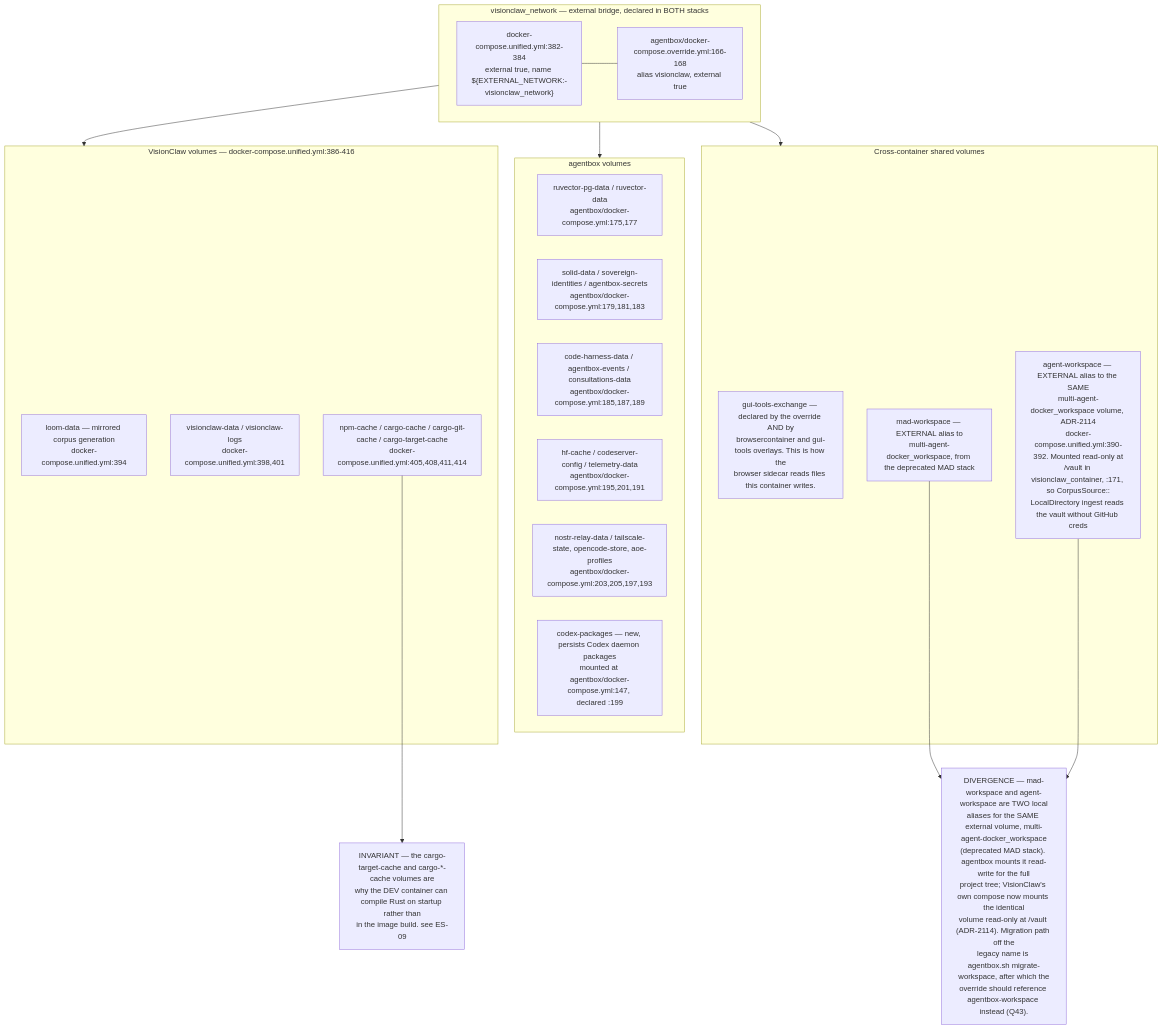
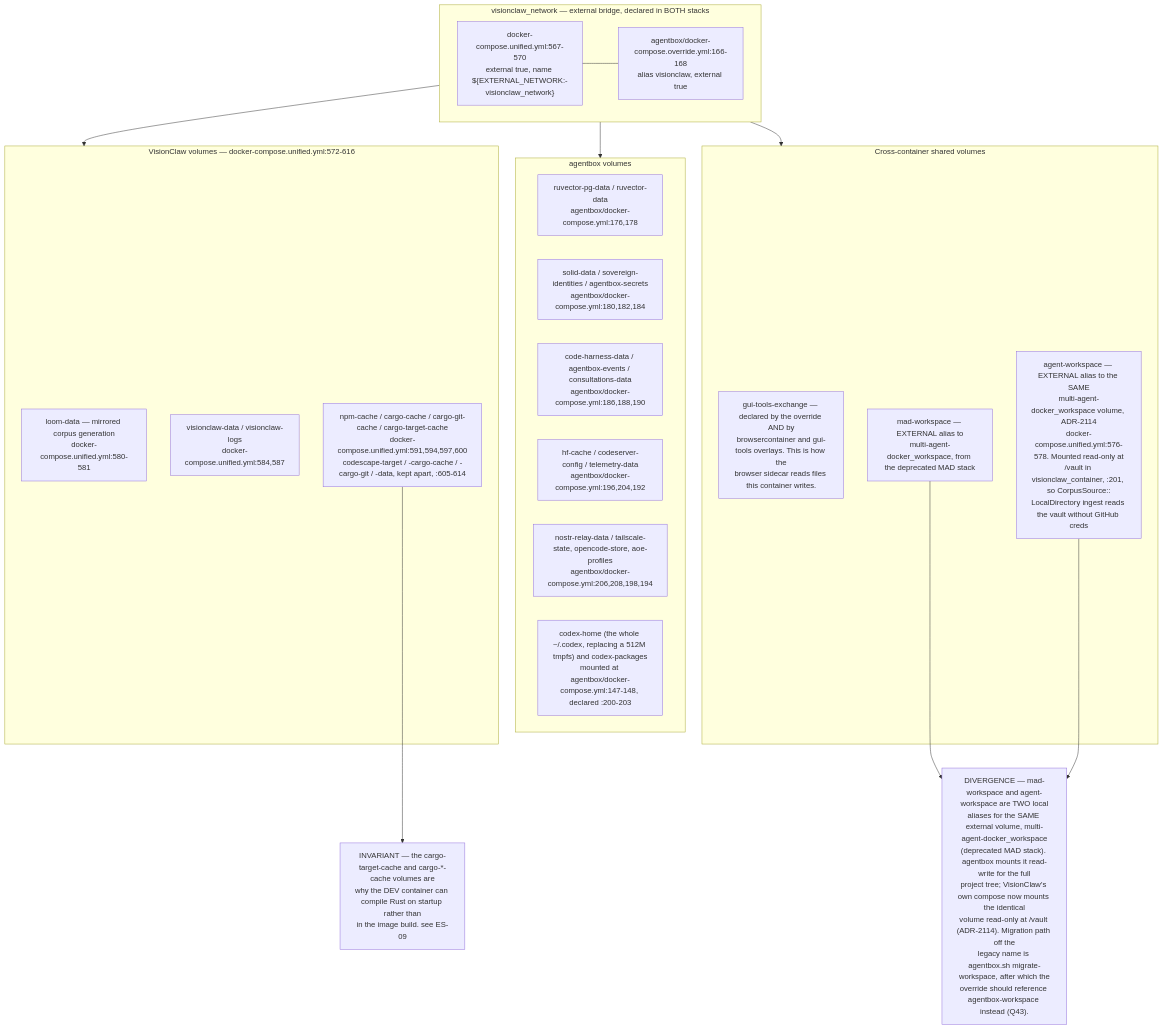
The fourth of 8 diagrams in docs/diagrams/estate/01-estate-topology.md (DreamLab-AI/VisionFlow), drawn with Mermaid before and after one commit. The commit also changed other lines of this file and 160 other files, not shown here.

````diff
--- a/docs/diagrams/estate/01-estate-topology.md
+++ b/docs/diagrams/estate/01-estate-topology.md
@@ -166,37 +183,37 @@
 ```mermaid
 flowchart TB
     subgraph net["visionclaw_network — external bridge, declared in BOTH stacks"]
-        N1["docker-compose.unified.yml:382-384<br/>external true, name ${EXTERNAL_NETWORK:-visionclaw_network}"]
+        N1["docker-compose.unified.yml:567-570<br/>external true, name ${EXTERNAL_NETWORK:-visionclaw_network}"]
         N2["agentbox/docker-compose.override.yml:166-168<br/>alias visionclaw, external true"]
     end
-    subgraph vcvol["VisionClaw volumes — docker-compose.unified.yml:386-416"]
-        V1["loom-data — mirrored corpus generation<br/>docker-compose.unified.yml:394"]
-        V2["visionclaw-data / visionclaw-logs<br/>docker-compose.unified.yml:398,401"]
-        V3["npm-cache / cargo-cache / cargo-git-cache / cargo-target-cache<br/>docker-compose.unified.yml:405,408,411,414"]
+    subgraph vcvol["VisionClaw volumes — docker-compose.unified.yml:572-616"]
+        V1["loom-data — mirrored corpus generation<br/>docker-compose.unified.yml:580-581"]
+        V2["visionclaw-data / visionclaw-logs<br/>docker-compose.unified.yml:584,587"]
+        V3["npm-cache / cargo-cache / cargo-git-cache / cargo-target-cache<br/>docker-compose.unified.yml:591,594,597,600<br/>codescape-target / -cargo-cache / -cargo-git / -data, kept apart, :605-614"]
     end
     subgraph abvol["agentbox volumes"]
-        W1["ruvector-pg-data / ruvector-data<br/>agentbox/docker-compose.yml:175,177"]
-        W2["solid-data / sovereign-identities / agentbox-secrets<br/>agentbox/docker-compose.yml:179,181,183"]
-        W3["code-harness-data / agentbox-events / consultations-data<br/>agentbox/docker-compose.yml:185,187,189"]
-        W4["hf-cache / codeserver-config / telemetry-data<br/>agentbox/docker-compose.yml:195,201,191"]
-        W5["nostr-relay-data / tailscale-state, opencode-store, aoe-profiles<br/>agentbox/docker-compose.yml:203,205,197,193"]
-        W6["codex-packages — new, persists Codex daemon packages<br/>mounted at agentbox/docker-compose.yml:147, declared :199"]
+        W1["ruvector-pg-data / ruvector-data<br/>agentbox/docker-compose.yml:176,178"]
+        W2["solid-data / sovereign-identities / agentbox-secrets<br/>agentbox/docker-compose.yml:180,182,184"]
+        W3["code-harness-data / agentbox-events / consultations-data<br/>agentbox/docker-compose.yml:186,188,190"]
+        W4["hf-cache / codeserver-config / telemetry-data<br/>agentbox/docker-compose.yml:196,204,192"]
+        W5["nostr-relay-data / tailscale-state, opencode-store, aoe-profiles<br/>agentbox/docker-compose.yml:206,208,198,194"]
+        W6["codex-home (the whole ~/.codex, replacing a 512M tmpfs) and codex-packages<br/>mounted at agentbox/docker-compose.yml:147-148, declared :200-203"]
     end
     subgraph shared["Cross-container shared volumes"]
         S1["gui-tools-exchange — declared by the override AND by<br/>browsercontainer and gui-tools overlays. This is how the<br/>browser sidecar reads files this container writes."]
         S2["mad-workspace — EXTERNAL alias to<br/>multi-agent-docker_workspace, from the deprecated MAD stack"]
-        S3["agent-workspace — EXTERNAL alias to the SAME<br/>multi-agent-docker_workspace volume, ADR-2114<br/>docker-compose.unified.yml:390-392. Mounted read-only at<br/>/vault in visionclaw_container, :171, so CorpusSource::<br/>LocalDirectory ingest reads the vault without GitHub creds"]
+        S3["agent-workspace — EXTERNAL alias to the SAME<br/>multi-agent-docker_workspace volume, ADR-2114<br/>docker-compose.unified.yml:576-578. Mounted read-only at<br/>/vault in visionclaw_container, :201, so CorpusSource::<br/>LocalDirectory ingest reads the vault without GitHub creds"]
     end
 
     N1 --- N2
     net --> vcvol
     net --> abvol
     net --> shared
 
     D1["DIVERGENCE — mad-workspace and agent-workspace are TWO local<br/>aliases for the SAME external volume, multi-agent-docker_workspace<br/>(deprecated MAD stack). agentbox mounts it read-write for the full<br/>project tree; VisionClaw's own compose now mounts the identical<br/>volume read-only at /vault (ADR-2114). Migration path off the<br/>legacy name is agentbox.sh migrate-workspace, after which the<br/>override should reference agentbox-workspace instead (Q43)."]
     INV["INVARIANT — the cargo-target-cache and cargo-*-cache volumes are<br/>why the DEV container can compile Rust on startup rather than<br/>in the image build. see ES-09"]
 
     S2 --> D1
     S3 --> D1
     V3 --> INV
 ```
````
